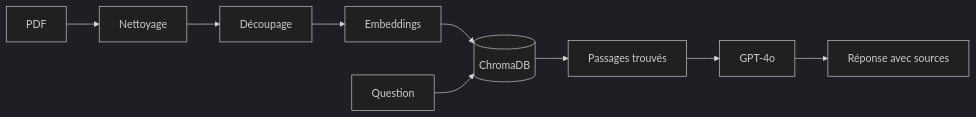
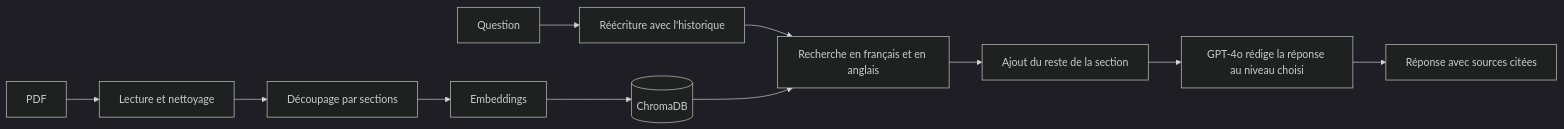
The diagram in README.md (Cafew-Carnaval/XK7-RAG), drawn with Mermaid (dark theme) before and after one commit. The commit also changed other lines of this file and 2 other files, not shown here.

````diff
--- a/README.md
+++ b/README.md
@@ -62,6 +55,13 @@
 ```mermaid
 flowchart LR
-    A[PDF] --> B[Nettoyage] --> C[Découpage] --> D[Embeddings] --> E[(ChromaDB)]
-    Q[Question] --> E
-    E --> G[Passages trouvés] --> H[GPT-4o] --> R[Réponse avec sources]
+    A[PDF] --> B[Lecture et nettoyage]
+    B --> C[Découpage par sections]
+    C --> D[Embeddings]
+    D --> E[(ChromaDB)]
+    Q[Question] --> R[Réécriture avec l'historique]
+    R --> T[Recherche en français et en anglais]
+    E --> T
+    T --> S[Ajout du reste de la section]
+    S --> G[GPT-4o rédige la réponse au niveau choisi]
+    G --> F[Réponse avec sources citées]
 ```
````
